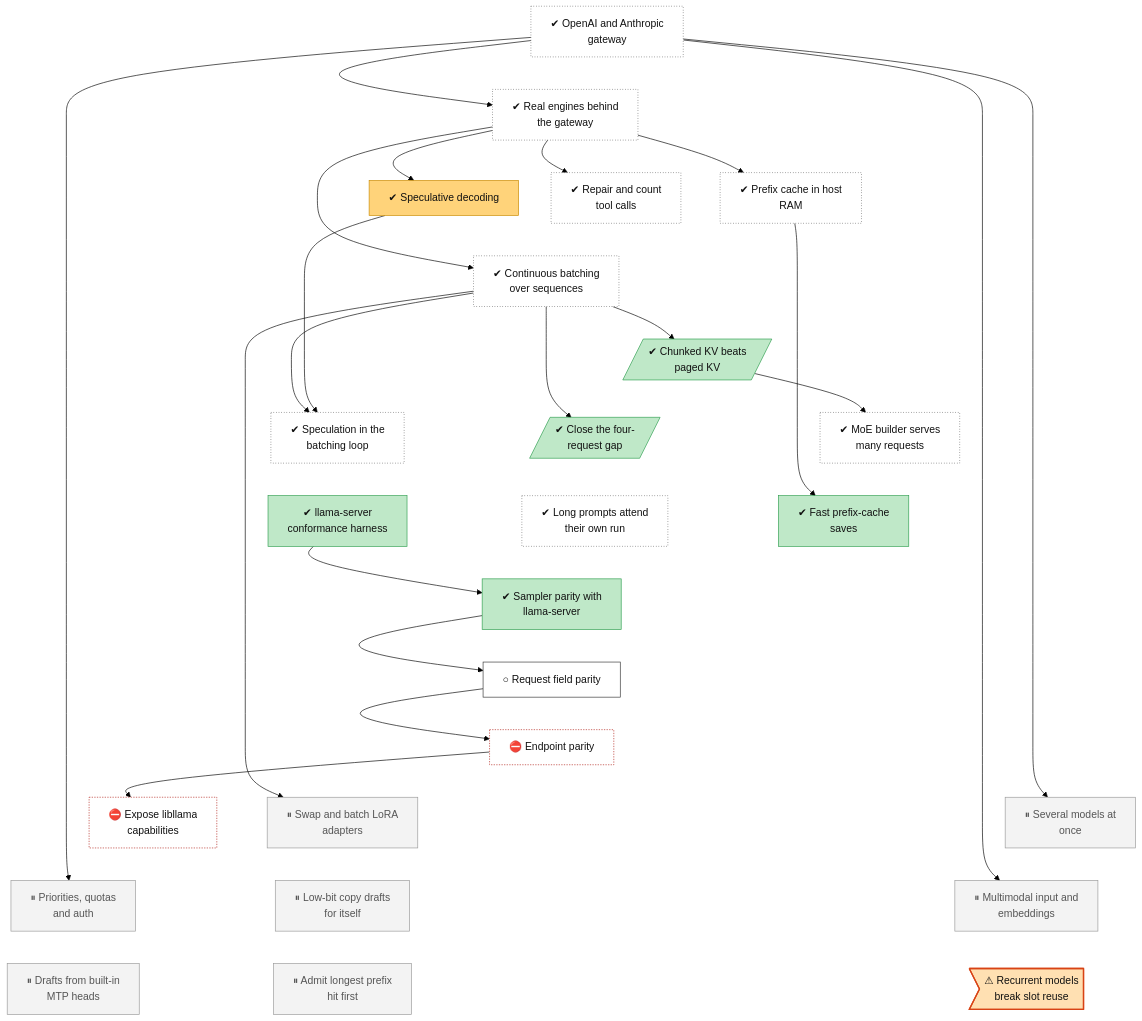
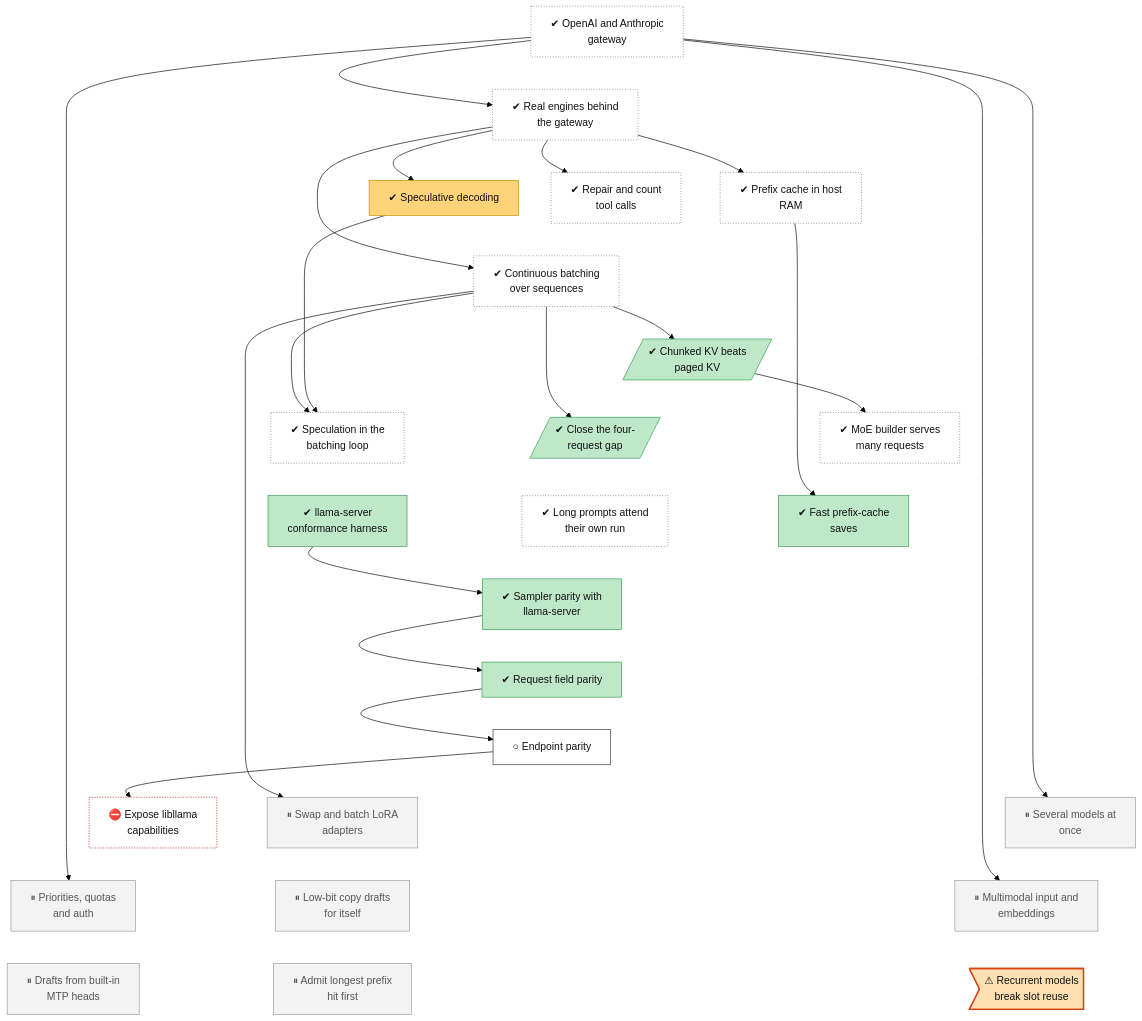
The diagram in docs/roadmap/tracks/serving.md (lhns/tetraeder), drawn with Mermaid (forest theme) before and after one commit. The commit also changed other lines of this file and 3 other files, not shown here.

Commit message:
Tree: serving-parity-fields done, CI run 45103474572 green on Linux and Windows, serving-parity-endpoints next (after M2, ADR 0083 group B; not measured)

````diff
--- a/docs/roadmap/tracks/serving.md
+++ b/docs/roadmap/tracks/serving.md
@@ -23,8 +23,8 @@
     serving_own_run_attention["✔ Long prompts attend<br/>their own run"]
     serving_parity_harness["✔ llama-server<br/>conformance harness"]
     serving_parity_sampling["✔ Sampler parity with<br/>llama-server"]
-    serving_parity_fields["○ Request field parity"]
-    serving_parity_endpoints["⛔ Endpoint parity"]
+    serving_parity_fields["✔ Request field parity"]
+    serving_parity_endpoints["○ Endpoint parity"]
     serving_parity_libllama["⛔ Expose libllama<br/>capabilities"]
     serving_multi_model["⏸ Several models at<br/>once"]
     serving_multi_lora["⏸ Swap and batch LoRA<br/>adapters"]
@@ -97,9 +97,9 @@
     classDef waiting fill:#e3f2fd,stroke:#1f6fc5,stroke-dasharray:5 5,color:#111
     class serving_gateway,serving_real_engines,serving_prefix_cache,serving_tool_calls,serving_batching,serving_moe_batch,serving_spec_batching,serving_own_run_attention unrated
     class serving_speculative mixed
-    class serving_kv_layout,serving_c4_gap,serving_prefix_save,serving_parity_harness,serving_parity_sampling succ
-    class serving_parity_fields next
-    class serving_parity_endpoints,serving_parity_libllama blocked
+    class serving_kv_layout,serving_c4_gap,serving_prefix_save,serving_parity_harness,serving_parity_sampling,serving_parity_fields succ
+    class serving_parity_endpoints next
+    class serving_parity_libllama blocked
     class serving_multi_model,serving_multi_lora,serving_auth_quotas,serving_multimodal,serving_self_spec,serving_mtp_drafts,serving_prefix_first parked
     class serving_recurrent_reuse finding
 ```
````
